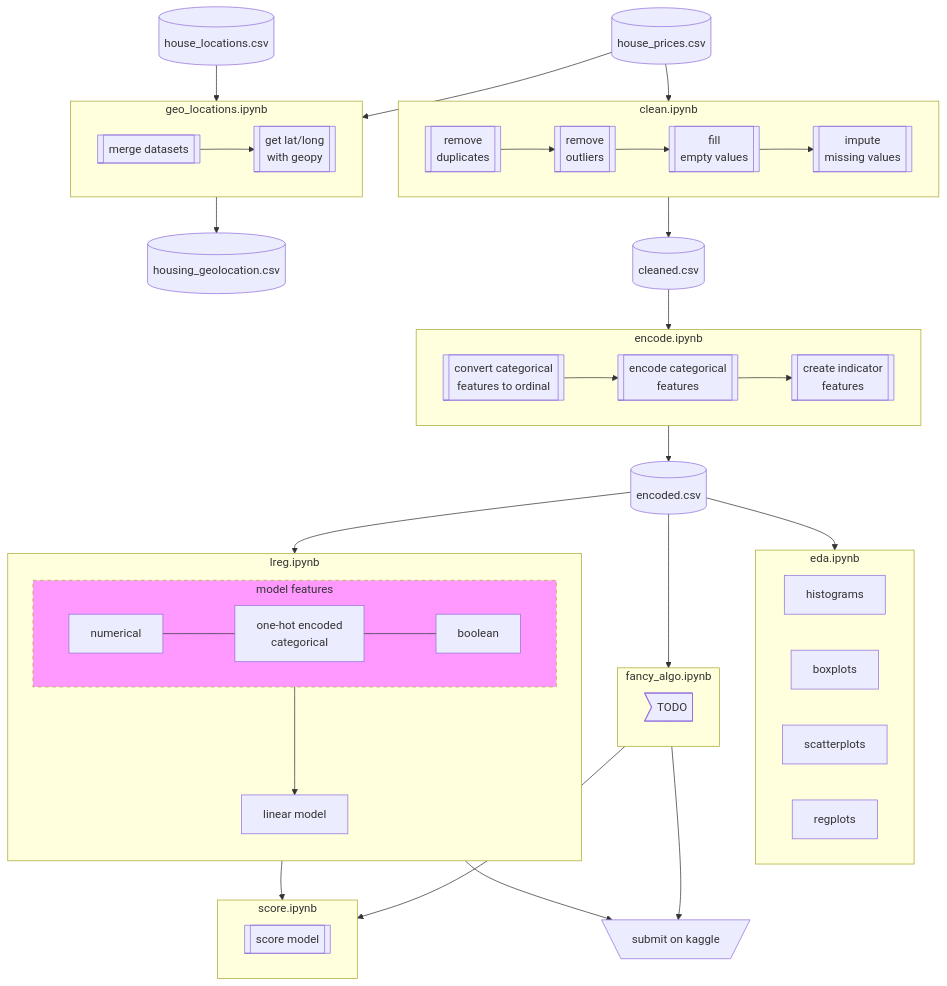
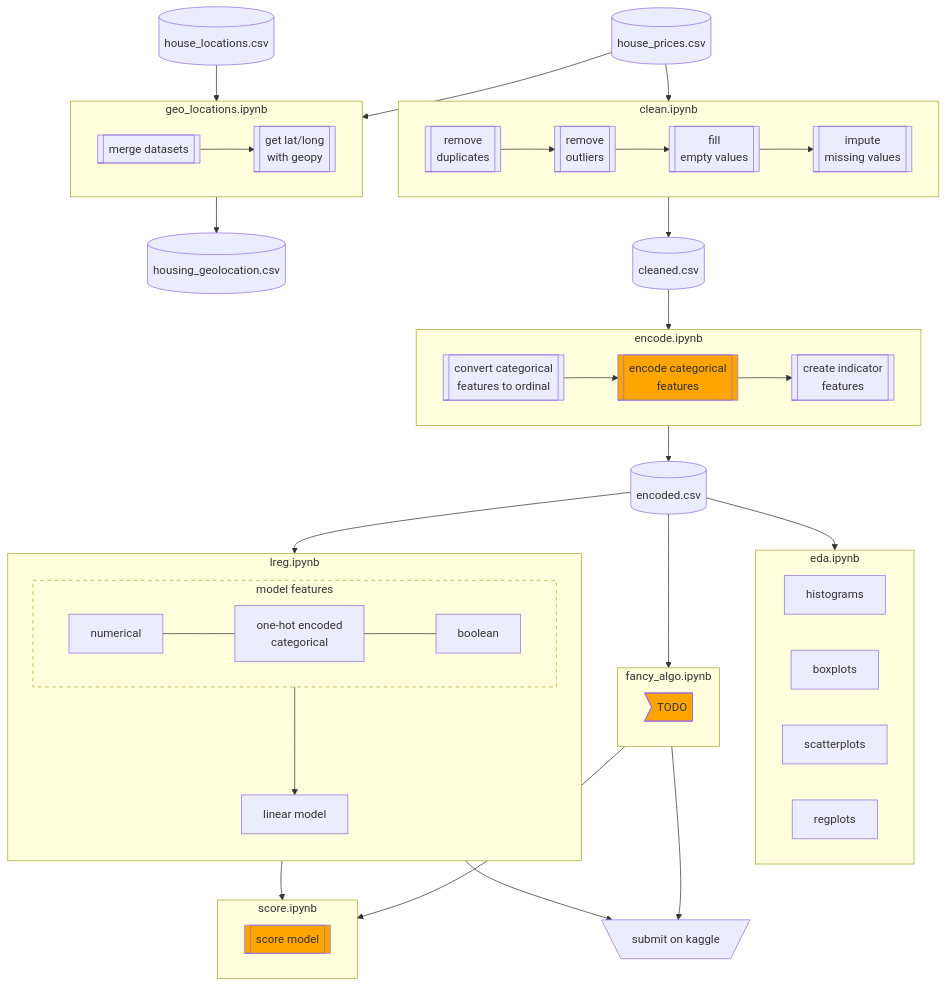
One commit to rishigoutam/ames-iowa changed the diagram in project-management/process.md. Above: the diagram before and after it, drawn with Mermaid.

Commit message:
Update process.md to show incomplete

````diff
--- a/project-management/process.md
+++ b/project-management/process.md
@@ -5,68 +5,71 @@
 ```mermaid
 flowchart TD
     d_r[(house_locations.csv)]-->geo
     d_h[(house_prices.csv)]-->geo
     
     subgraph geo [geo_locations.ipynb]
         direction LR
         merge[[merge datasets]]-->geopy
         geopy[[get lat/long\n with geopy]]
     end
     
     geo-->d_g[(housing_geolocation.csv)]
 
     d_h[(house_prices.csv)]-->clean
     
     subgraph clean [clean.ipynb]
         direction LR
         dupe[[remove \nduplicates]]-->outlier
         outlier[[remove \noutliers]]-->fillna
         fillna[[fill \nempty values]]-->impute
         impute[[impute \nmissing values]]
     end
     
     clean-->d_c[(cleaned.csv)]
     
     subgraph encode [encode.ipynb]
         direction LR
         ordinate[[convert categorical \nfeatures to ordinal]]-->cat
         cat[[encode categorical \nfeatures]]-->indicator
+        style cat fill:orange
         indicator[[create indicator \nfeatures]]
     end
     
     d_c-->encode-->d_e[(encoded.csv)]
     
     subgraph eda [eda.ipynb]
         direction LR
         histograms
         boxplots
         scatterplots
         regplots
     end
     
     subgraph lin_regression [lreg.ipynb]
         direction TB
         subgraph lin_features [model features]
             direction LR
-            style lin_features fill:#f9f, stroke-dasharray: 5 5
+            style lin_features stroke-dasharray: 5 5
             numerical---cat_encoded[one-hot encoded\ncategorical]---boolean
         end
         lin_features--->linear_model[linear model]
     end
     
     subgraph algo [fancy_algo.ipynb]
         direction LR
         TODO>TODO]
+        style TODO fill:orange
     end
     
     subgraph score [score.ipynb]
         score_model[[score model]]
+        style score_model fill:orange
     end
     
     d_e-->eda
     d_e-->lin_regression
     d_e-->algo
     
     lin_regression & algo-->score
     lin_regression & algo-->kaggle[\submit on kaggle/]
 ```
````
